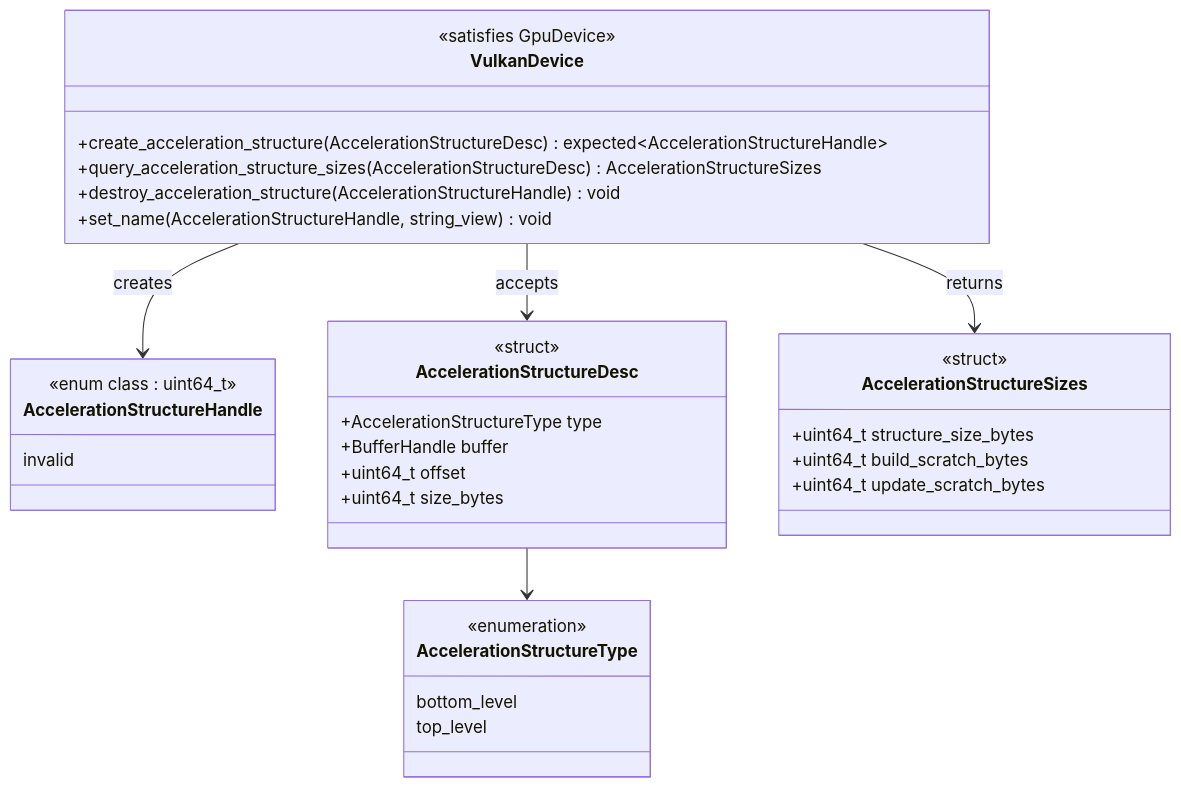
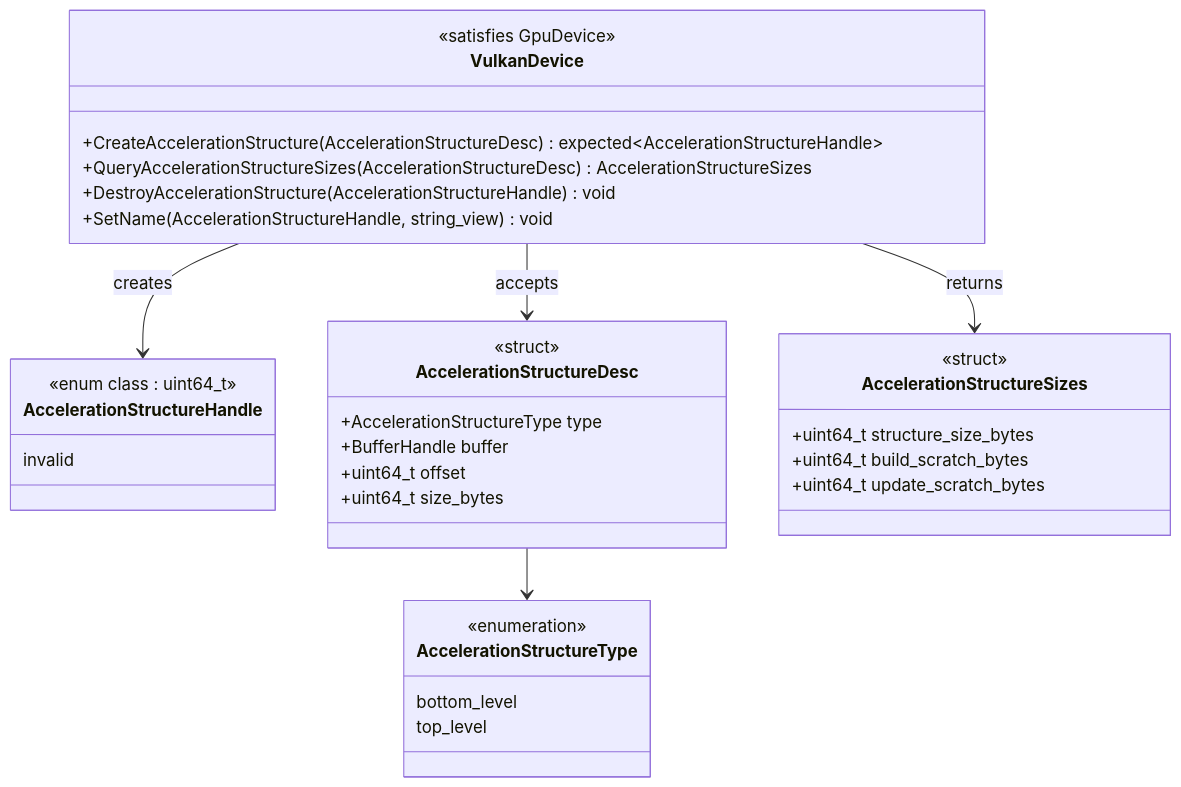
One commit to harmonius-dev/harmonius changed the ninth of 34 diagrams in docs/design/gpu-backend-vulkan-classes.md. Above: the diagram before and after it, drawn with Mermaid. The commit also changed other lines of this file and 67 other files, not shown here.

````diff
--- a/docs/design/gpu-backend-vulkan-classes.md
+++ b/docs/design/gpu-backend-vulkan-classes.md
@@ -435,37 +435,37 @@
 ```mermaid
 classDiagram
     class VulkanDevice {
         <<satisfies GpuDevice>>
-        +create_acceleration_structure(AccelerationStructureDesc) expected~AccelerationStructureHandle~
-        +query_acceleration_structure_sizes(AccelerationStructureDesc) AccelerationStructureSizes
-        +destroy_acceleration_structure(AccelerationStructureHandle) void
-        +set_name(AccelerationStructureHandle, string_view) void
+        +CreateAccelerationStructure(AccelerationStructureDesc) expected~AccelerationStructureHandle~
+        +QueryAccelerationStructureSizes(AccelerationStructureDesc) AccelerationStructureSizes
+        +DestroyAccelerationStructure(AccelerationStructureHandle) void
+        +SetName(AccelerationStructureHandle, string_view) void
     }
     class AccelerationStructureHandle {
         <<enum class : uint64_t>>
         invalid
     }
     class AccelerationStructureType {
         <<enumeration>>
         bottom_level
         top_level
     }
     class AccelerationStructureDesc {
         <<struct>>
         +AccelerationStructureType type
         +BufferHandle buffer
         +uint64_t offset
         +uint64_t size_bytes
     }
     class AccelerationStructureSizes {
         <<struct>>
         +uint64_t structure_size_bytes
         +uint64_t build_scratch_bytes
         +uint64_t update_scratch_bytes
     }
 
     VulkanDevice --> AccelerationStructureHandle : creates
     VulkanDevice --> AccelerationStructureDesc : accepts
     VulkanDevice --> AccelerationStructureSizes : returns
     AccelerationStructureDesc --> AccelerationStructureType
 ```
````
